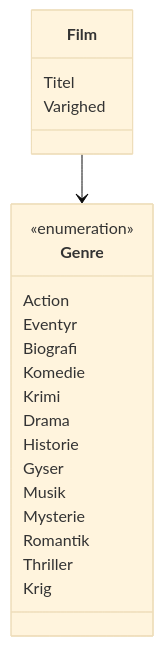
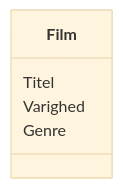
One commit to DMOoF25/TheMovie changed the diagram in docs/DomainModel.mmd. Above: the diagram before and after it, drawn with Mermaid (base theme).

```diff
--- a/docs/DomainModel.mmd
+++ b/docs/DomainModel.mmd
@@ -1,24 +1,6 @@
 classDiagram
     class Film {
         Titel
         Varighed
+        Genre
     }
-
-    class Genre {
-        <<enumeration>>
-        Action
-        Eventyr
-        Biografi
-        Komedie
-        Krimi
-        Drama
-        Historie
-        Gyser
-        Musik
-        Mysterie
-        Romantik
-        Thriller
-        Krig
-    }
-
-    Film --> Genre
```
